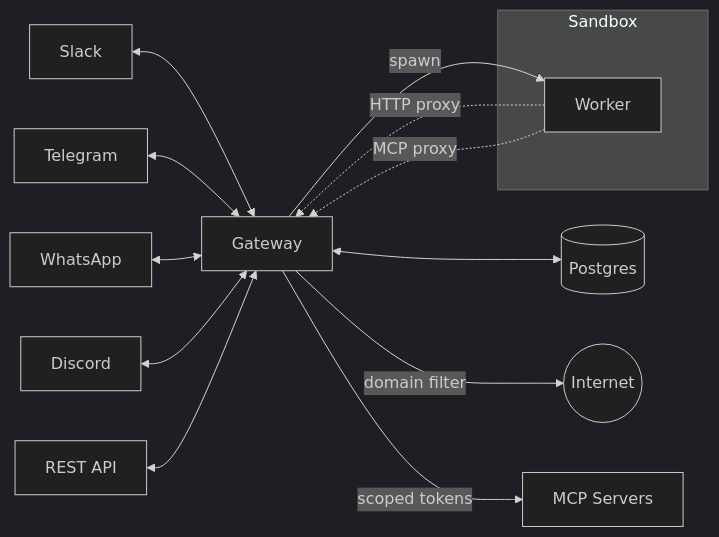
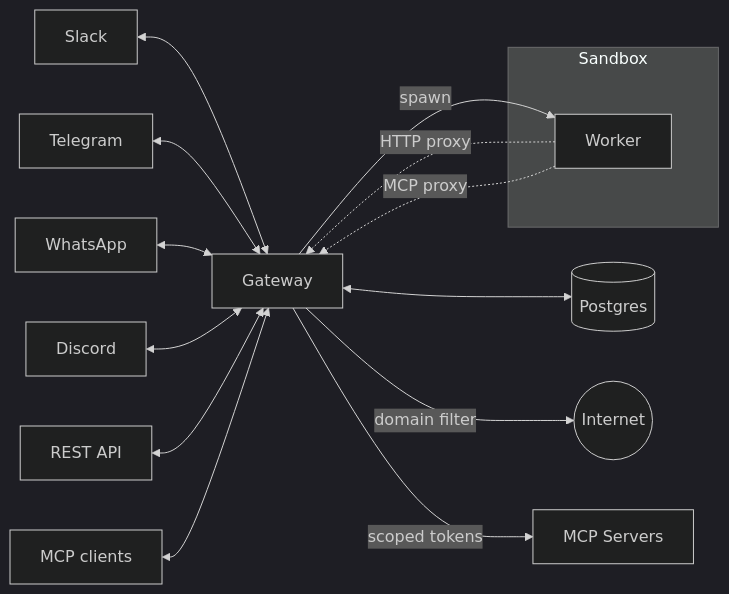
Before and after one commit to shifu-ai/lobu: the diagram in README.md, drawn with Mermaid (dark theme). The commit also changed other lines of this file and 8 other files, not shown here.

````diff
--- a/README.md
+++ b/README.md
@@ -24,20 +40,21 @@
 ```mermaid
 flowchart LR
   Slack[Slack] <--> GW[Gateway]
   Telegram[Telegram] <--> GW
   WhatsApp[WhatsApp] <--> GW
   Discord[Discord] <--> GW
   API[REST API] <--> GW
+  MCP[MCP clients] <--> GW
 
   GW <--> PG[(Postgres)]
   GW -->|spawn| W[Worker]
 
   subgraph Sandbox
     W
   end
 
   W -.->|HTTP proxy| GW
   W -.->|MCP proxy| GW
   GW -->|domain filter| Internet((Internet))
-  GW -->|scoped tokens| MCP[MCP Servers]
+  GW -->|scoped tokens| ExtMCP[MCP Servers]
 ```
````
